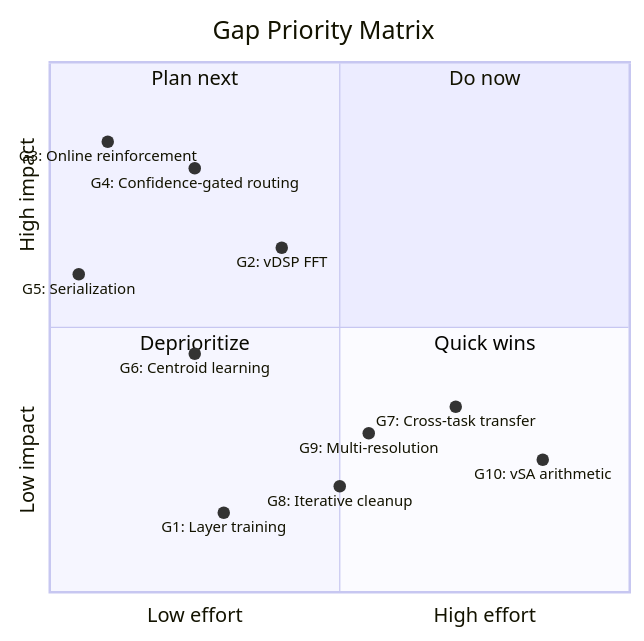
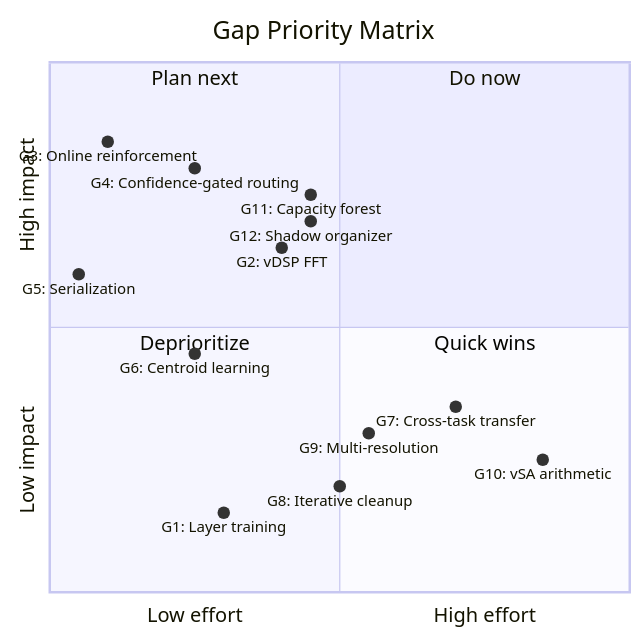
One commit to atimics/crlplrimes changed the fifth of 6 diagrams in docs/holonet-retrospective.md. Above: the diagram before and after it, drawn with Mermaid. The commit also changed other lines of this file and 11 other files, not shown here.

````diff
--- a/docs/holonet-retrospective.md
+++ b/docs/holonet-retrospective.md
@@ -293,20 +340,22 @@
 ```mermaid
 quadrantChart
     title Gap Priority Matrix
     x-axis "Low effort" --> "High effort"
     y-axis "Low impact" --> "High impact"
     quadrant-1 "Do now"
     quadrant-2 "Plan next"
     quadrant-3 "Deprioritize"
     quadrant-4 "Quick wins"
     "G3: Online reinforcement": [0.1, 0.85]
     "G5: Serialization": [0.05, 0.6]
     "G4: Confidence-gated routing": [0.25, 0.8]
     "G2: vDSP FFT": [0.4, 0.65]
     "G1: Layer training": [0.3, 0.15]
     "G6: Centroid learning": [0.25, 0.45]
+    "G11: Capacity forest": [0.45, 0.75]
+    "G12: Shadow organizer": [0.45, 0.7]
     "G7: Cross-task transfer": [0.7, 0.35]
     "G8: Iterative cleanup": [0.5, 0.2]
     "G9: Multi-resolution": [0.55, 0.3]
     "G10: vSA arithmetic": [0.85, 0.25]
 ```
````
